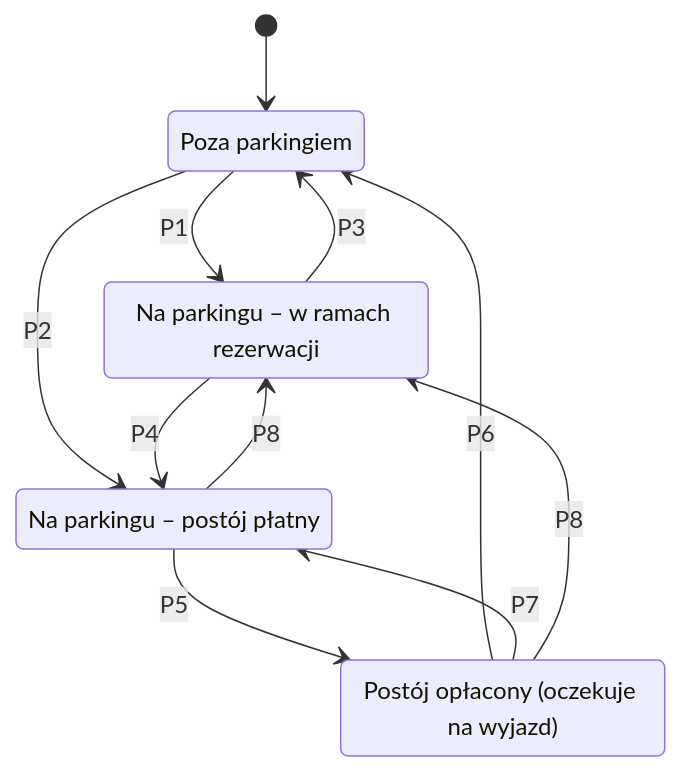
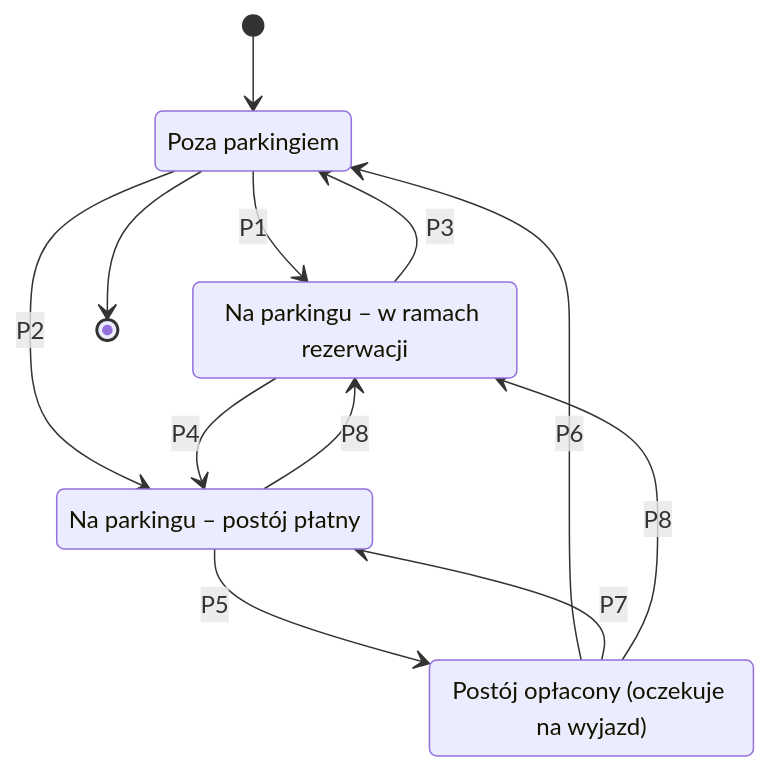
The second of 2 diagrams in etap1/12funkcjonalne.md (DDanulo/Kompetencyjny-team-1), drawn with Mermaid before and after one commit. The commit also changed other lines of this file, not shown here.

Commit message:
feat: drobne poprawki i dostosowane diagramów stanów i tabel przejść w pełni do modelu dziedzinowego. #4

````diff
--- a/etap1/12funkcjonalne.md
+++ b/etap1/12funkcjonalne.md
@@ -67,18 +99,18 @@
 ```mermaid
 stateDiagram-v2
     [*] --> PozaParkingiem
-    PozaParkingiem --> NaParkinguRezerwacja : P1
-    PozaParkingiem --> PostojPlatny : P2
-    NaParkinguRezerwacja --> PozaParkingiem : P3
-    NaParkinguRezerwacja --> PostojPlatny : P4
-    PostojPlatny --> Oplacony : P5
-    Oplacony --> PozaParkingiem : P6
-    Oplacony --> PostojPlatny : P7
-    PostojPlatny --> NaParkinguRezerwacja : P8
-    Oplacony --> NaParkinguRezerwacja : P8
-
+    PozaParkingiem --> NaParkinguRezerwacja: P1
+    PozaParkingiem --> PostojPlatny: P2
+    NaParkinguRezerwacja --> PozaParkingiem: P3
+    NaParkinguRezerwacja --> PostojPlatny: P4
+    PostojPlatny --> Oplacony: P5
+    Oplacony --> PozaParkingiem: P6
+    Oplacony --> PostojPlatny: P7
+    PostojPlatny --> NaParkinguRezerwacja: P8
+    Oplacony --> NaParkinguRezerwacja: P8
+    PozaParkingiem --> [*]
     state "Poza parkingiem" as PozaParkingiem
     state "Na parkingu – w ramach rezerwacji" as NaParkinguRezerwacja
     state "Na parkingu – postój płatny" as PostojPlatny
     state "Postój opłacony (oczekuje na wyjazd)" as Oplacony
 ```
````
